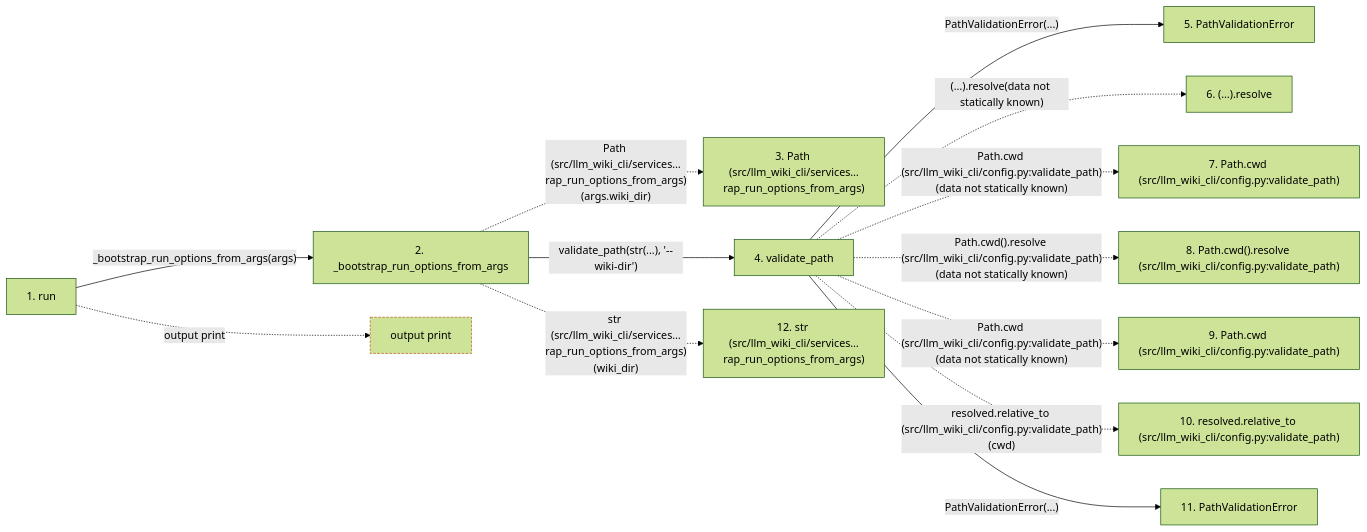
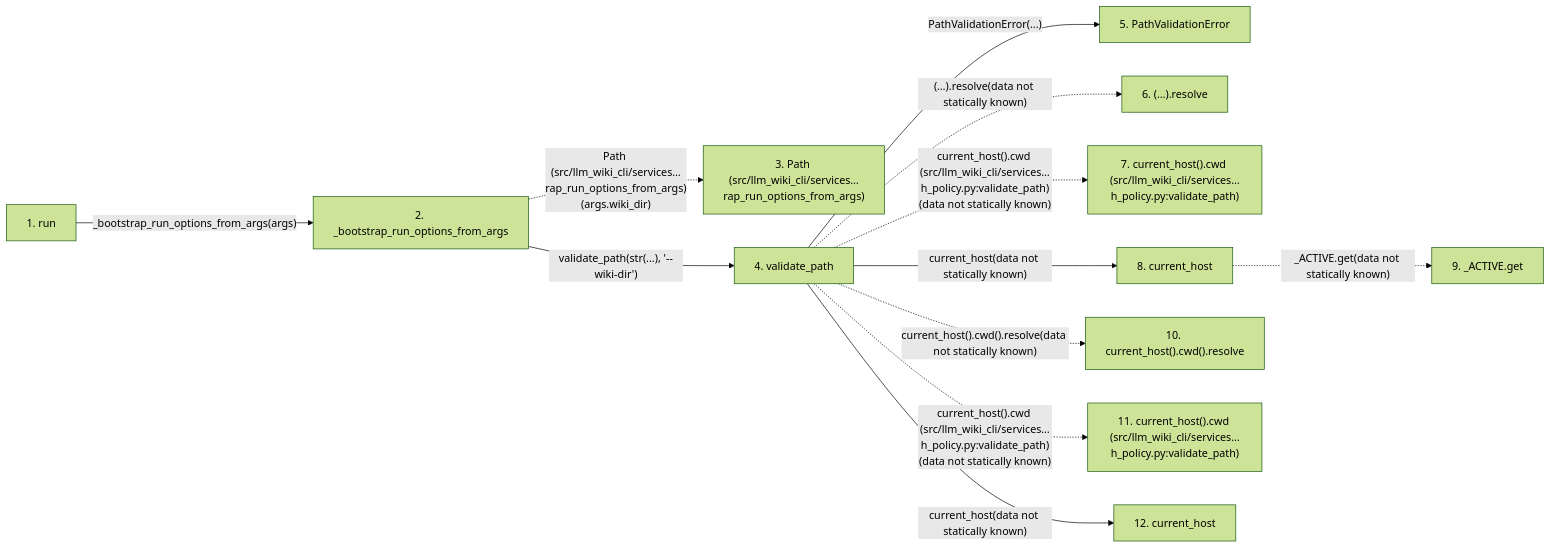
One commit to Denissvgn/python-wiki-llm changed the second of 2 diagrams in docs/llm_wiki/flows/cli-bootstrap.md. Above: the diagram before and after it, drawn with Mermaid (forest theme). The commit also changed other lines of this file and 1555 other files, not shown here.

````diff
--- a/docs/llm_wiki/flows/cli-bootstrap.md
+++ b/docs/llm_wiki/flows/cli-bootstrap.md
@@ -199,35 +200,32 @@
 ```mermaid
 flowchart LR
     s1["1. run"]
     s2["2. _bootstrap_run_options_from_args"]
     s3["3. Path (src/llm_wiki_cli/services…rap_run_options_from_args)"]
     s4["4. validate_path"]
     s5["5. PathValidationError"]
     s6["6. (…).resolve"]
-    s7["7. Path.cwd (src/llm_wiki_cli/config.py:validate_path)"]
-    s8["8. Path.cwd().resolve (src/llm_wiki_cli/config.py:validate_path)"]
-    s9["9. Path.cwd (src/llm_wiki_cli/config.py:validate_path)"]
-    s10["10. resolved.relative_to (src/llm_wiki_cli/config.py:validate_path)"]
-    s11["11. PathValidationError"]
-    s12["12. str (src/llm_wiki_cli/services…rap_run_options_from_args)"]
+    s7["7. current_host().cwd (src/llm_wiki_cli/services…h_policy.py:validate_path)"]
+    s8["8. current_host"]
+    s9["9. _ACTIVE.get"]
+    s10["10. current_host().cwd().resolve"]
+    s11["11. current_host().cwd (src/llm_wiki_cli/services…h_policy.py:validate_path)"]
+    s12["12. current_host"]
     s1 -->|"_bootstrap_run_options_from_args(args)"| s2
     s2 -. "Path (src/llm_wiki_cli/services…rap_run_options_from_args)(args.wiki_dir)" .-> s3
     s2 -->|"validate_path(str(...), '--wiki-dir')"| s4
     s4 -->|"PathValidationError(...)"| s5
     s4 -. "(…).resolve(data not statically known)" .-> s6
-    s4 -. "Path.cwd (src/llm_wiki_cli/config.py:validate_path)(data not statically known)" .-> s7
-    s4 -. "Path.cwd().resolve (src/llm_wiki_cli/config.py:validate_path)(data not statically known)" .-> s8
-    s4 -. "Path.cwd (src/llm_wiki_cli/config.py:validate_path)(data not statically known)" .-> s9
-    s4 -. "resolved.relative_to (src/llm_wiki_cli/config.py:validate_path)(cwd)" .-> s10
-    s4 -->|"PathValidationError(...)"| s11
-    s2 -. "str (src/llm_wiki_cli/services…rap_run_options_from_args)(wiki_dir)" .-> s12
-    b0["output print"]
-    s1 -. "output print" .-> b0
+    s4 -. "current_host().cwd (src/llm_wiki_cli/services…h_policy.py:validate_path)(data not statically known)" .-> s7
+    s4 -->|"current_host(data not statically known)"| s8
+    s8 -. "_ACTIVE.get(data not statically known)" .-> s9
+    s4 -. "current_host().cwd().resolve(data not statically known)" .-> s10
+    s4 -. "current_host().cwd (src/llm_wiki_cli/services…h_policy.py:validate_path)(data not statically known)" .-> s11
+    s4 -->|"current_host(data not statically known)"| s12
     click s1 "../modules/bootstrap_runtime.md"
     click s2 "../modules/bootstrap_runtime.md"
-    click s4 "../modules/config.md"
-    click s5 "../modules/config.md"
-    click s11 "../modules/config.md"
-    classDef boundary stroke:#b45309,stroke-dasharray: 4 2
-    class b0 boundary
+    click s4 "../modules/path_policy.md"
+    click s5 "../modules/path_policy.md"
+    click s8 "../modules/host.md"
+    click s12 "../modules/host.md"
 ```
````
